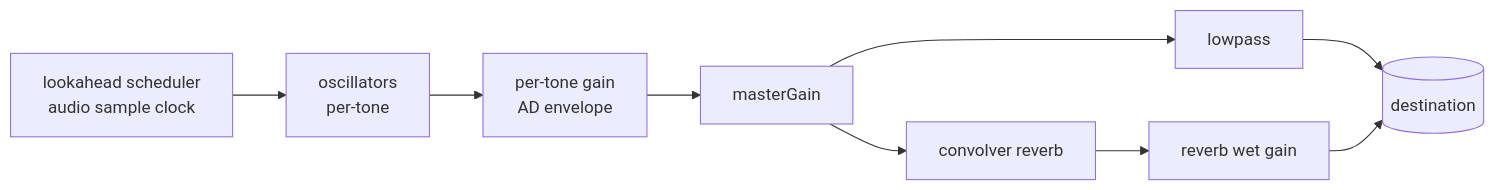
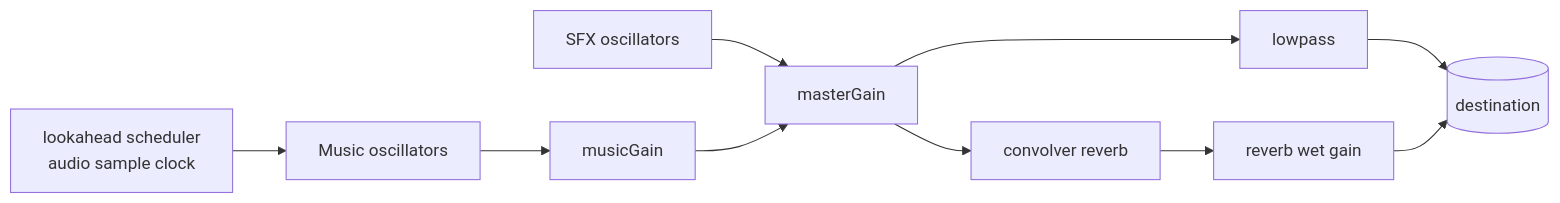
The fourth of 4 diagrams in docs/ARCHITECTURE.md (0thernes/glidiebirdie), drawn with Mermaid before and after one commit. The commit also changed other lines of this file and 36 other files, not shown here.

````diff
--- a/docs/ARCHITECTURE.md
+++ b/docs/ARCHITECTURE.md
@@ -99,10 +97,10 @@
 ```mermaid
 graph LR
-  OSC[oscillators<br/>per-tone] --> G[per-tone gain<br/>AD envelope]
-  G --> MG[masterGain]
+  SFX_OSC[SFX oscillators] --> MG[masterGain]
+  MUSIC_OSC[Music oscillators] --> MUG[musicGain] --> MG
   MG --> LP[lowpass]
   MG --> RV[convolver reverb]
   LP --> OUT[(destination)]
   RV --> WET[reverb wet gain] --> OUT
-  SCHED[lookahead scheduler<br/>audio sample clock] --> OSC
+  SCHED[lookahead scheduler<br/>audio sample clock] --> MUSIC_OSC
 ```
````
